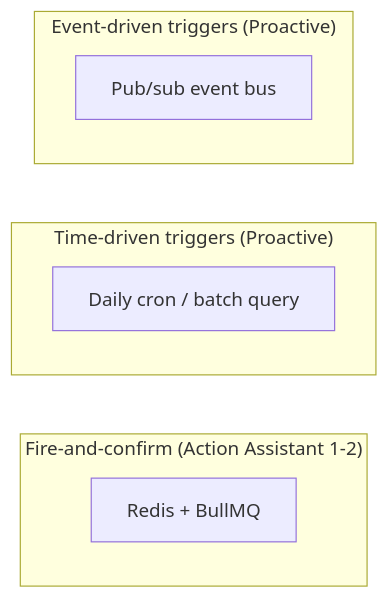
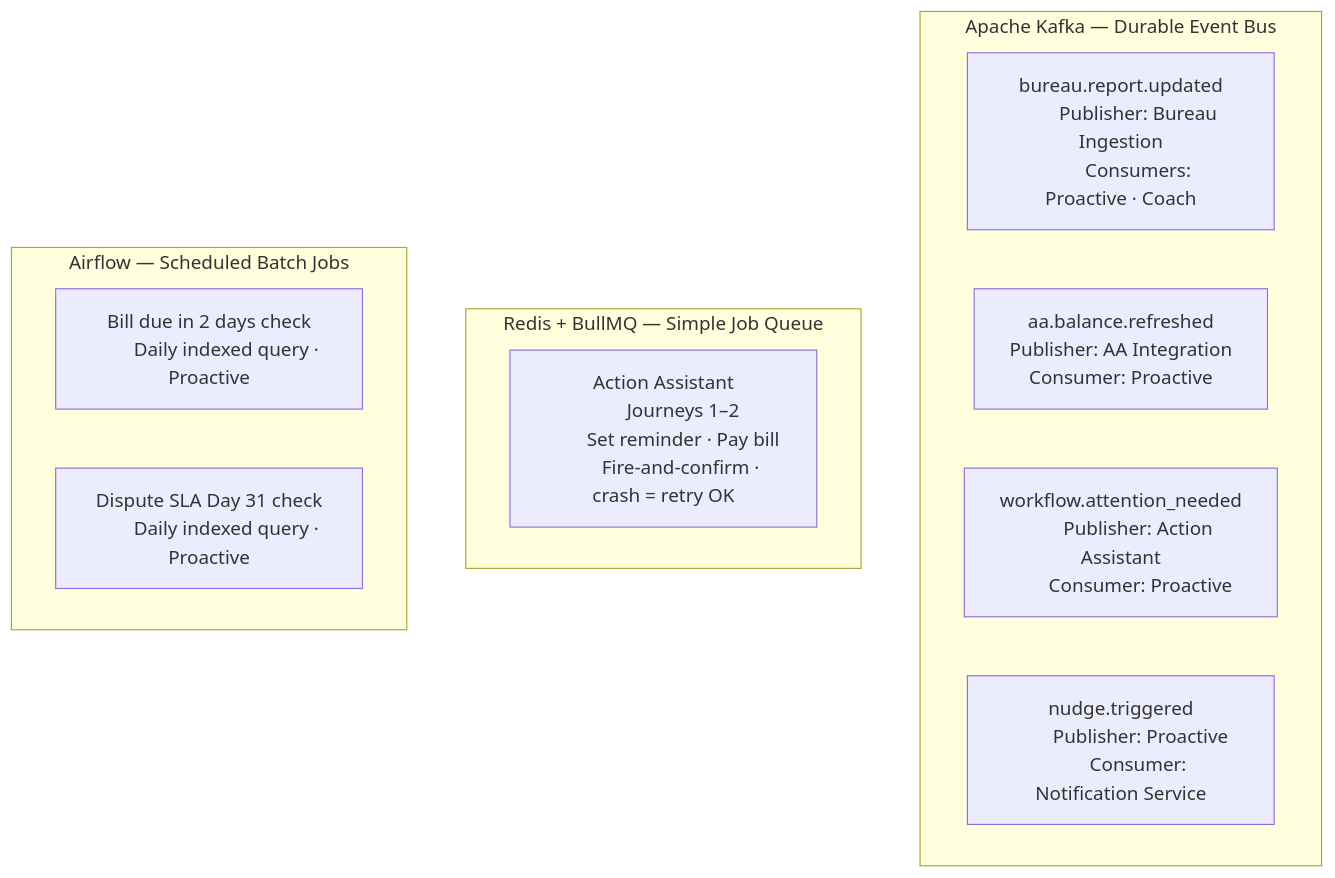
Before and after one commit to cozmox-projects/good-score-ai-system: diagram 11 of 11 in 1. Overall Architecture/technical_architecture_HLD.md, drawn with Mermaid. The commit also changed other lines of this file, not shown here.

Commit message:
Updated the Technical Architecture document to cleaned up version

````diff
--- a/1. Overall Architecture/technical_architecture_HLD.md
+++ b/1. Overall Architecture/technical_architecture_HLD.md
@@ -164,12 +671,32 @@
 ```mermaid
-flowchart LR
-    subgraph SIMPLE["Fire-and-confirm (Action Assistant 1-2)"]
-        BMQ["Redis + BullMQ"]
+flowchart TB
+    subgraph KAFKA["Apache Kafka — Durable Event Bus"]
+        direction LR
+        T1["bureau.report.updated
+        Publisher: Bureau Ingestion
+        Consumers: Proactive · Coach"]
+        T2["aa.balance.refreshed
+        Publisher: AA Integration
+        Consumer: Proactive"]
+        T3["workflow.attention_needed
+        Publisher: Action Assistant
+        Consumer: Proactive"]
+        T4["nudge.triggered
+        Publisher: Proactive
+        Consumer: Notification Service"]
     end
-    subgraph TIME["Time-driven triggers (Proactive)"]
-        CRON["Daily cron / batch query"]
+
+    subgraph BULLMQ["Redis + BullMQ — Simple Job Queue"]
+        B1["Action Assistant
+        Journeys 1–2
+        Set reminder · Pay bill
+        Fire-and-confirm · crash = retry OK"]
     end
-    subgraph EVENT["Event-driven triggers (Proactive)"]
-        PS["Pub/sub event bus"]
+
+    subgraph AIRFLOW["Airflow — Scheduled Batch Jobs"]
+        A1["Bill due in 2 days check
+        Daily indexed query · Proactive"]
+        A2["Dispute SLA Day 31 check
+        Daily indexed query · Proactive"]
     end
 ```
````
